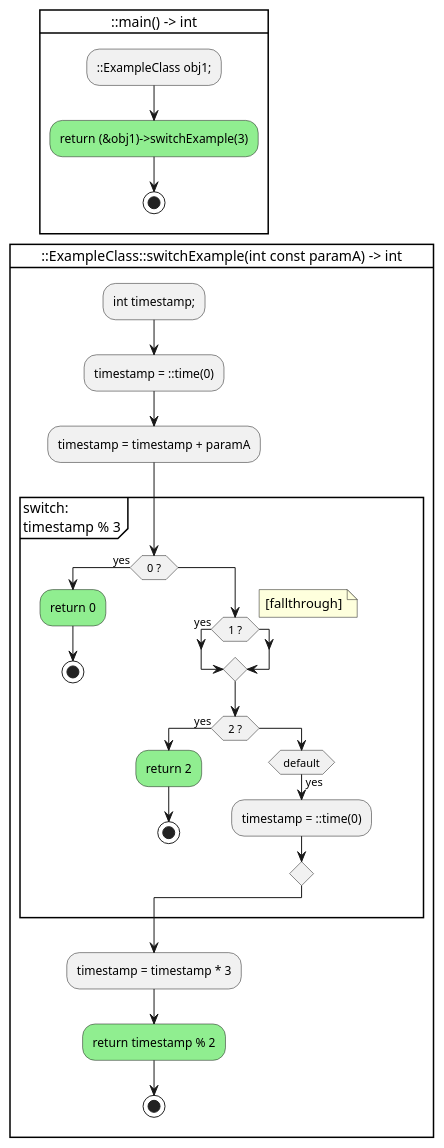
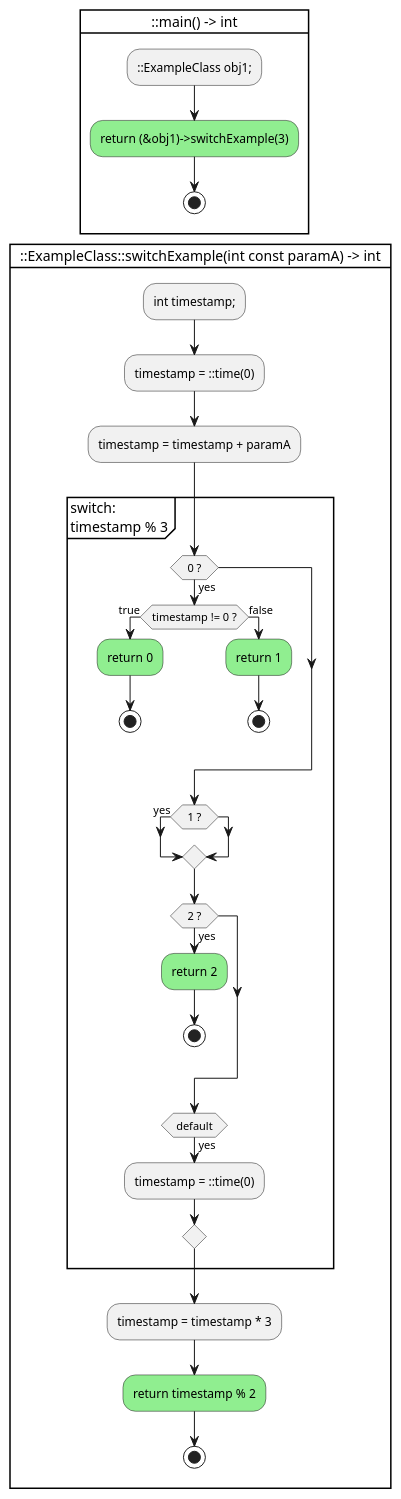
Before and after one commit to anetczuk/gcc-uml: the diagram in examples/ctrlflowgraph/ctrl_sample.cpp.puml, drawn with PlantUML. The commit also changed 6 other files, not shown here.

```diff
--- a/examples/ctrlflowgraph/ctrl_sample.cpp.puml
+++ b/examples/ctrlflowgraph/ctrl_sample.cpp.puml
@@ -1,46 +1,48 @@
 @startuml
 
 card "::main() -> int" {
     :::ExampleClass obj1;;
     #lightgreen:return (&obj1)->switchExample(3);
     stop
     -[hidden]->
 }
 
 card "::ExampleClass::switchExample(int const paramA) -> int" {
     :int timestamp;;
     :timestamp = ::time(0);
     :timestamp = timestamp + paramA;
 
 partition "switch:\ntimestamp % 3" {
-    ' case: 0 fallthrough: False
+    ' case: 0 fallthrough: True
     if ( 0 ? ) then (yes)
-        #lightgreen:return 0;
+        if (timestamp != 0 ?) then (true)
+            #lightgreen:return 0;
+            stop
+        else (false)
+            #lightgreen:return 1;
+            stop
+        endif
+    endif
+    ' case: 1 fallthrough: True
+    if ( 1 ? ) then (yes)
+    endif
+    ' case: 2 fallthrough: True
+    if ( 2 ? ) then (yes)
+        #lightgreen:return 2;
         stop
+    endif
+    ' case: None fallthrough: True
+    if ( default ) then (yes)
+        :timestamp = ::time(0);
     else
-        ' case: 1 fallthrough: True
-        if ( 1 ? ) then (yes)
-        endif
-        note right: [fallthrough]
-        ' case: 2 fallthrough: False
-        if ( 2 ? ) then (yes)
-            #lightgreen:return 2;
-            stop
-        else
-            ' case: None fallthrough: True
-            if ( default ) then (yes)
-                :timestamp = ::time(0);
-            else
-                -[hidden]->
-            endif
-        endif
+        -[hidden]->
     endif
 }
     :timestamp = timestamp * 3;
     #lightgreen:return timestamp % 2;
     stop
     -[hidden]->
 }
 
 
 @enduml
```
